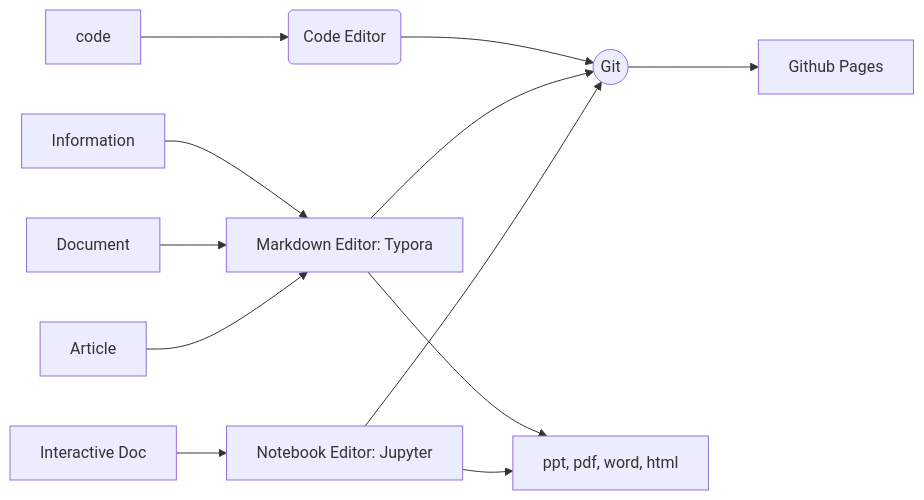
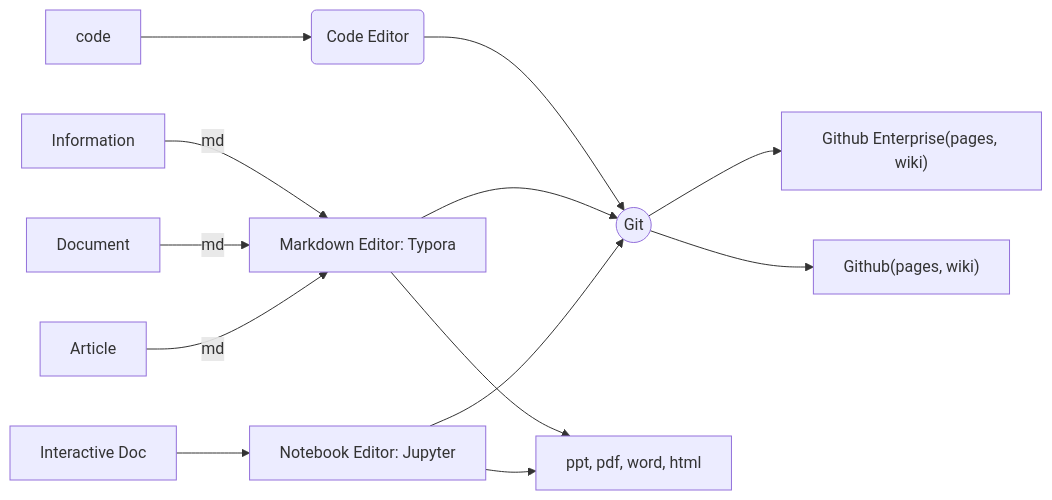
The diagram in _posts/2019-12-08-take_notes.md (xuxiangwen/xuxiangwen.github.io), drawn with Mermaid before and after one commit. The commit also changed other lines of this file and 34 other files, not shown here.

```diff
--- a/_posts/2019-12-08-take_notes.md
+++ b/_posts/2019-12-08-take_notes.md
@@ -115,14 +119,15 @@
 ~~~mermaid
 graph LR; 
     CE --> Git((Git));  
-    Information--> MDE[Markdown Editor: Typora];   
-    Document--> MDE;
-    Article--> MDE;    
+    Information-->|md|MDE[Markdown Editor: Typora];   
+    Document-->|md|MDE;
+    Article-->|md|MDE;    
     ID[Interactive Doc]-->NE[Notebook Editor: Jupyter];
     code --> CE(Code Editor);  
     MDE-->Others[ppt, pdf, word, html];
     NE-->Others;    
     MDE--> Git; 
     NE--> Git;
-    Git-->GitHub["Github Pages"];  
+    Git-->GE["Github Enterprise(pages, wiki)"];
+    Git-->GitHub["Github(pages, wiki)"];  
 ~~~
```
